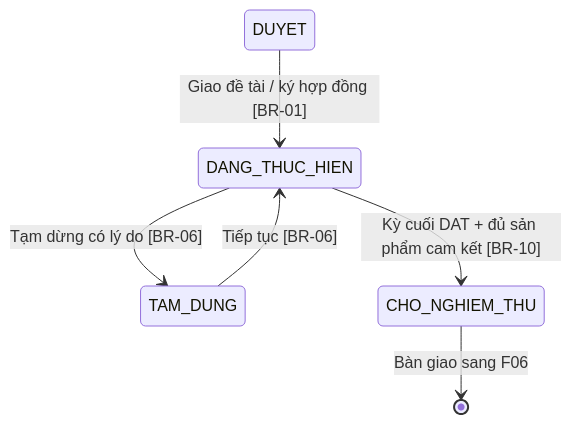
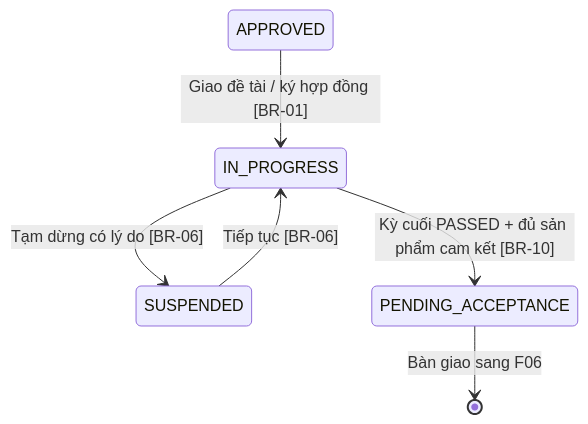
Before and after one commit to PTZero2026/rms-docs: the second of 3 diagrams in docs/features/F04-quan-ly-tien-do/spec.md, drawn with Mermaid. The commit also changed other lines of this file and 44 other files, not shown here.

Commit message:
docs: update project roadmap, architecture decisions, and comprehensive documentation for core features and testing plans

````diff
--- a/docs/features/F04-quan-ly-tien-do/spec.md
+++ b/docs/features/F04-quan-ly-tien-do/spec.md
@@ -101,8 +101,8 @@
 ```mermaid
 stateDiagram-v2
-    DUYET --> DANG_THUC_HIEN : Giao đề tài / ký hợp đồng [BR-01]
-    DANG_THUC_HIEN --> TAM_DUNG : Tạm dừng có lý do [BR-06]
-    TAM_DUNG --> DANG_THUC_HIEN : Tiếp tục [BR-06]
-    DANG_THUC_HIEN --> CHO_NGHIEM_THU : Kỳ cuối DAT + đủ sản phẩm cam kết [BR-10]
-    CHO_NGHIEM_THU --> [*] : Bàn giao sang F06
+    APPROVED --> IN_PROGRESS : Giao đề tài / ký hợp đồng [BR-01]
+    IN_PROGRESS --> SUSPENDED : Tạm dừng có lý do [BR-06]
+    SUSPENDED --> IN_PROGRESS : Tiếp tục [BR-06]
+    IN_PROGRESS --> PENDING_ACCEPTANCE : Kỳ cuối PASSED + đủ sản phẩm cam kết [BR-10]
+    PENDING_ACCEPTANCE --> [*] : Bàn giao sang F06
 ```
````
